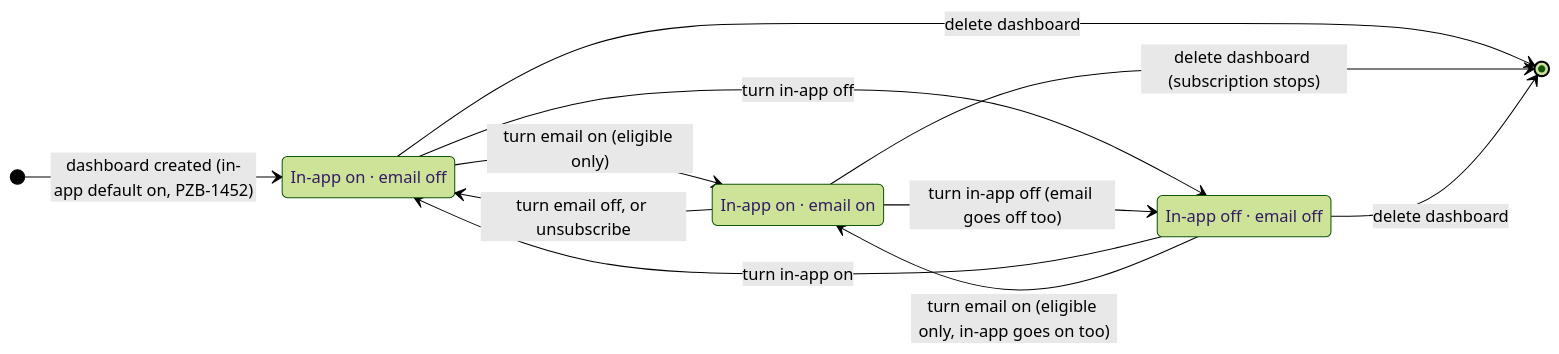
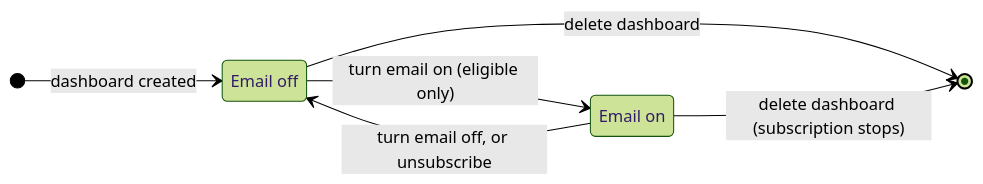
The diagram in docs/architecture/decisions/0012-email-subscription-status.md (wri/project-zeno-next), drawn with Mermaid (forest theme) before and after one commit. The commit also changed other lines of this file, not shown here.

First line of the commit message:
docs(adr): record that in-app monitoring has no opt-out

````diff
--- a/docs/architecture/decisions/0012-email-subscription-status.md
+++ b/docs/architecture/decisions/0012-email-subscription-status.md
@@ -49,17 +51,11 @@
 ```mermaid
 stateDiagram-v2
     direction LR
-    state "In-app on · email off" as InApp
-    state "In-app on · email on" as Both
-    state "In-app off · email off" as Off
-    [*] --> InApp: dashboard created (in-app default on, PZB-1452)
-    InApp --> Both: turn email on (eligible only)
-    Both --> InApp: turn email off, or unsubscribe
-    InApp --> Off: turn in-app off
-    Off --> InApp: turn in-app on
-    Both --> Off: turn in-app off (email goes off too)
-    Off --> Both: turn email on (eligible only, in-app goes on too)
-    InApp --> [*]: delete dashboard
-    Both --> [*]: delete dashboard (subscription stops)
+    state "Email off" as Off
+    state "Email on" as On
+    [*] --> Off: dashboard created
+    Off --> On: turn email on (eligible only)
+    On --> Off: turn email off, or unsubscribe
     Off --> [*]: delete dashboard
+    On --> [*]: delete dashboard (subscription stops)
 ```
````
